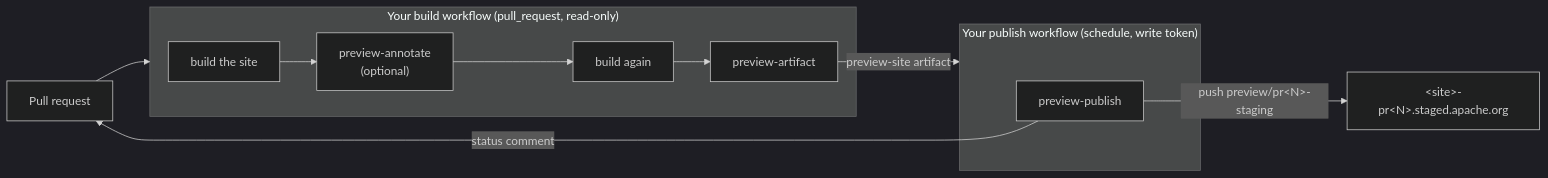
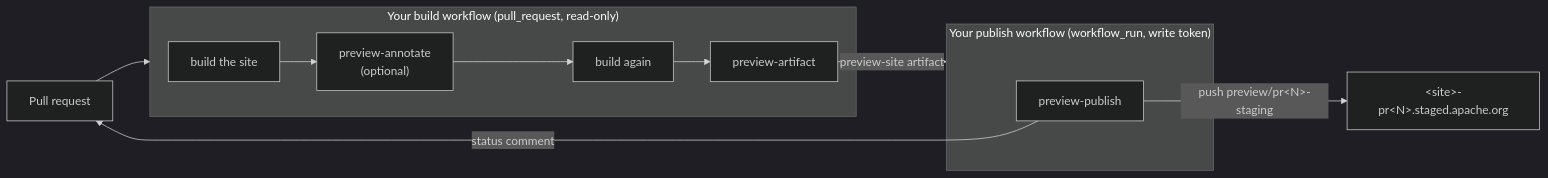
The diagram in pr-preview/README.md (apache/infrastructure-actions), drawn with Mermaid (dark theme) before and after one commit. The commit also changed other lines of this file and 27 other files, not shown here.

````diff
--- a/pr-preview/README.md
+++ b/pr-preview/README.md
@@ -42,13 +43,13 @@
 ```mermaid
 graph LR
     pr["Pull request"] --> build
     subgraph build["Your build workflow (pull_request, read-only)"]
       a["build the site"] --> b["preview-annotate<br/>(optional)"] --> c["build again"] --> d["preview-artifact"]
     end
     d -- "preview-site artifact" --> publish
-    subgraph publish["Your publish workflow (schedule, write token)"]
+    subgraph publish["Your publish workflow (workflow_run, write token)"]
       e["preview-publish"]
     end
     e -- "push preview/pr&lt;N&gt;-staging" --> staging["&lt;site&gt;-pr&lt;N&gt;.staged.apache.org"]
     e -- "status comment" --> pr
 ```
````
